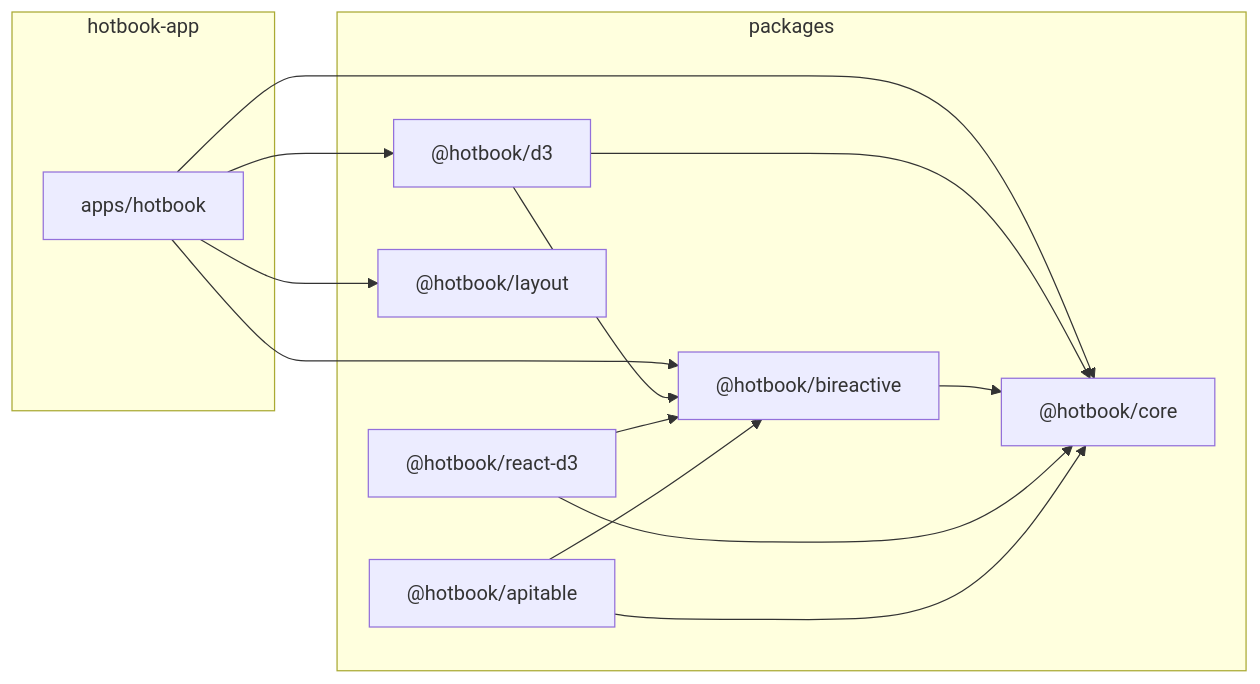
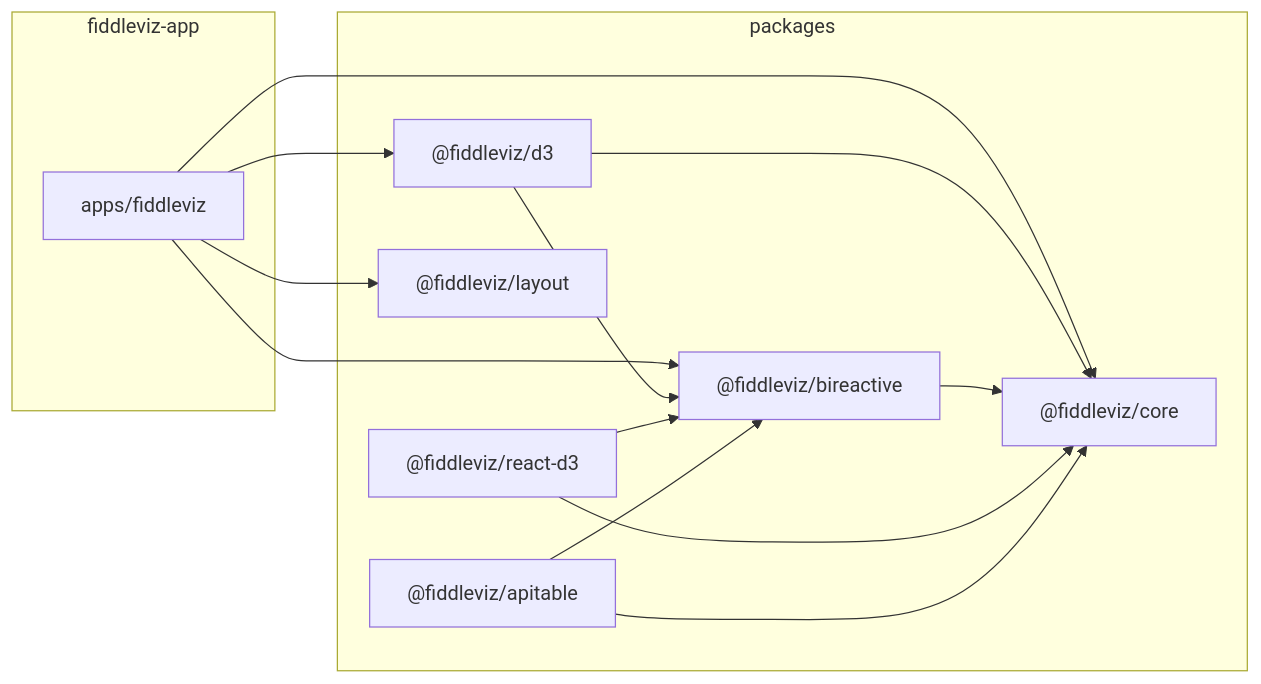
The second of 6 diagrams in wiki/reorg-whiteboard.md (WinstonFassett/hotbook), drawn with Mermaid before and after one commit. The commit also changed other lines of this file and 128 other files, not shown here.

````diff
--- a/wiki/reorg-whiteboard.md
+++ b/wiki/reorg-whiteboard.md
@@ -54,27 +54,27 @@
 ```mermaid
 flowchart LR
-    subgraph hotbook-app
-      hotbook["apps/hotbook"]
+    subgraph fiddleviz-app
+      fiddleviz["apps/fiddleviz"]
     end
 
     subgraph packages
-      core["@hotbook/core"]
-      bireactive["@hotbook/bireactive"]
-      d3["@hotbook/d3"]
-      reactd3["@hotbook/react-d3"]
-      layout["@hotbook/layout"]
-      apitable["@hotbook/apitable"]
+      core["@fiddleviz/core"]
+      bireactive["@fiddleviz/bireactive"]
+      d3["@fiddleviz/d3"]
+      reactd3["@fiddleviz/react-d3"]
+      layout["@fiddleviz/layout"]
+      apitable["@fiddleviz/apitable"]
     end
 
-    hotbook --> core
-    hotbook --> bireactive
-    hotbook --> d3
-    hotbook --> layout
+    fiddleviz --> core
+    fiddleviz --> bireactive
+    fiddleviz --> d3
+    fiddleviz --> layout
     d3 --> core
     d3 --> bireactive
     bireactive --> core
     reactd3 --> core
     reactd3 --> bireactive
     apitable --> core
     apitable --> bireactive
 ```
````
